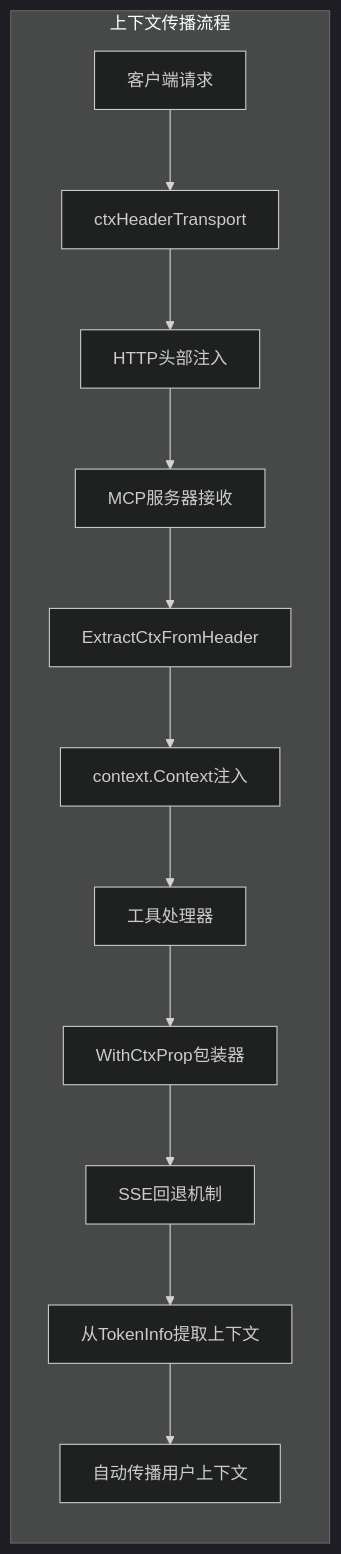
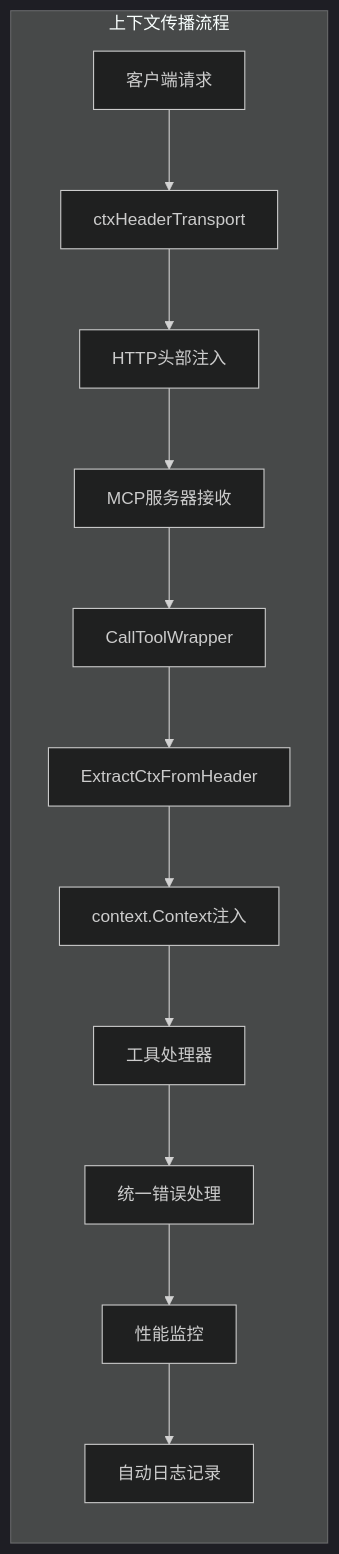
The seventh of 17 diagrams in .qoder/repowiki/zh/content/AI应用模块/MCP服务器.md (maomao94/zero-service), drawn with Mermaid (dark theme) before and after one commit. The commit also changed other lines of this file and 25 other files, not shown here.

````diff
--- a/.qoder/repowiki/zh/content/AI应用模块/MCP服务器.md
+++ b/.qoder/repowiki/zh/content/AI应用模块/MCP服务器.md
@@ -387,15 +391,15 @@
 ```mermaid
 graph LR
 subgraph "上下文传播流程"
 A["客户端请求"] --> B["ctxHeaderTransport"]
 B --> C["HTTP头部注入"]
 C --> D["MCP服务器接收"]
-D --> E["ExtractCtxFromHeader"]
-E --> F["context.Context注入"]
-F --> G["工具处理器"]
-G --> H["WithCtxProp包装器"]
-H --> I["SSE回退机制"]
-I --> J["从TokenInfo提取上下文"]
-J --> K["自动传播用户上下文"]
+D --> E["CallToolWrapper"]
+E --> F["ExtractCtxFromHeader"]
+F --> G["context.Context注入"]
+G --> H["工具处理器"]
+H --> I["统一错误处理"]
+I --> J["性能监控"]
+J --> K["自动日志记录"]
 end
 ```
````
